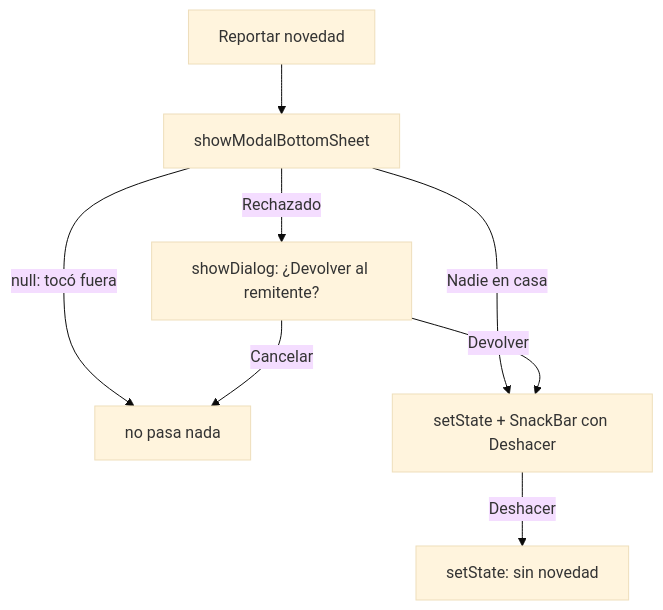
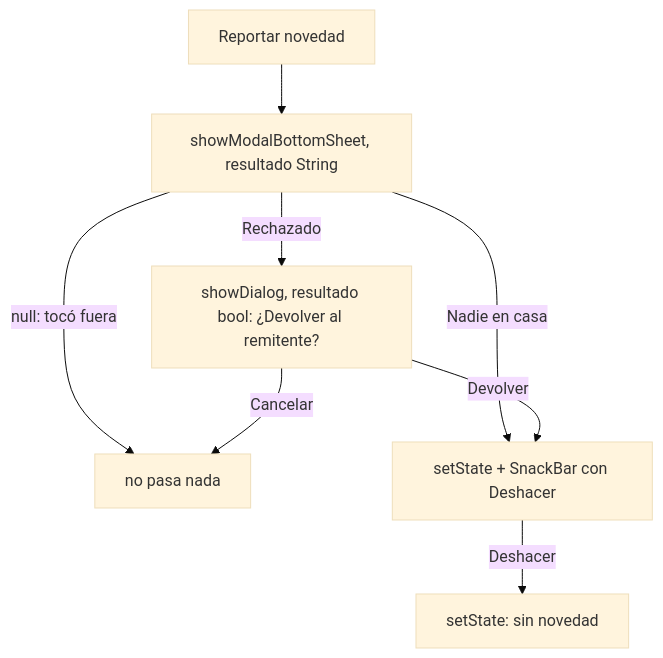
One commit to NICORUIZ93/The_Imperial_Book changed the sixth of 6 diagrams in web/public/content/flutter/modulo-3.md. Above: the diagram before and after it, drawn with Mermaid (base theme). The commit also changed other lines of this file and 65 other files, not shown here.

````diff
--- a/web/public/content/flutter/modulo-3.md
+++ b/web/public/content/flutter/modulo-3.md
@@ -1742,10 +2202,10 @@
 ```mermaid
 flowchart TD
-    A["Reportar novedad"] --> H["showModalBottomSheet<String>"]
-    H -->|null: tocó fuera| X["no pasa nada"]
+    A["Reportar novedad"] --> H["showModalBottomSheet, resultado String"]
+    H -->|"null: tocó fuera"| X["no pasa nada"]
     H -->|"Nadie en casa"| OK["setState + SnackBar con Deshacer"]
-    H -->|"Rechazado"| D["showDialog<bool>: ¿Devolver al remitente?"]
-    D -->|Cancelar| X
-    D -->|Devolver| OK
-    OK -->|Deshacer| U["setState: sin novedad"]
+    H -->|"Rechazado"| D["showDialog, resultado bool: ¿Devolver al remitente?"]
+    D -->|"Cancelar"| X
+    D -->|"Devolver"| OK
+    OK -->|"Deshacer"| U["setState: sin novedad"]
 ```
````
